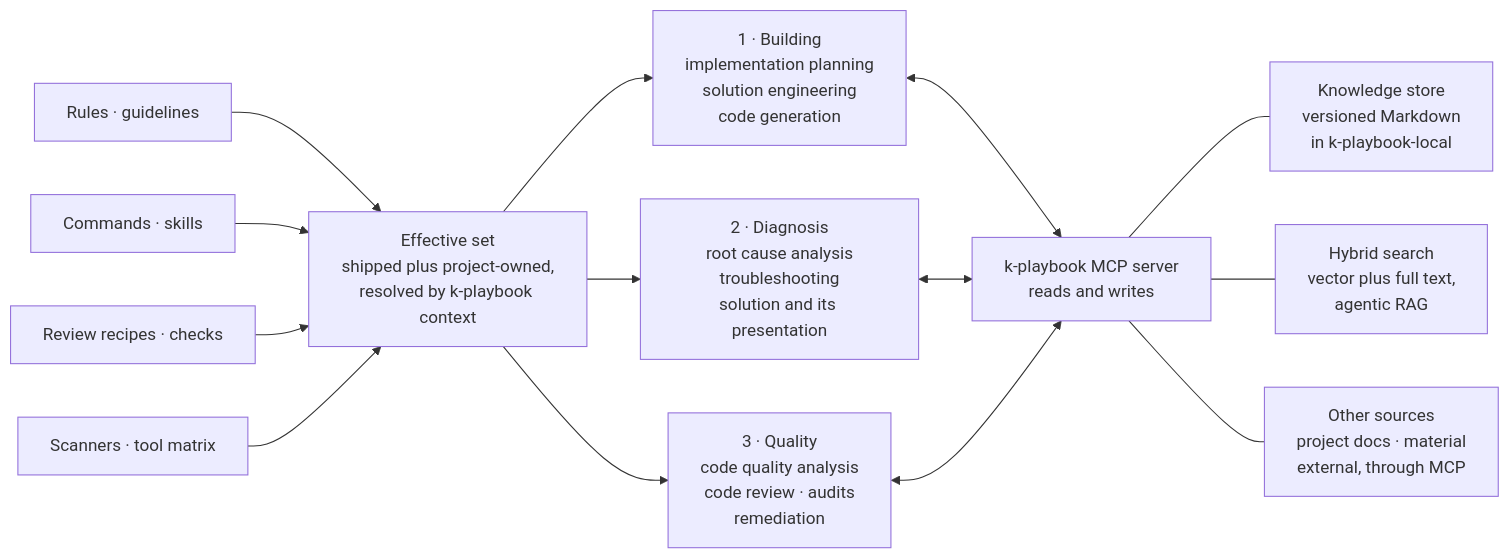
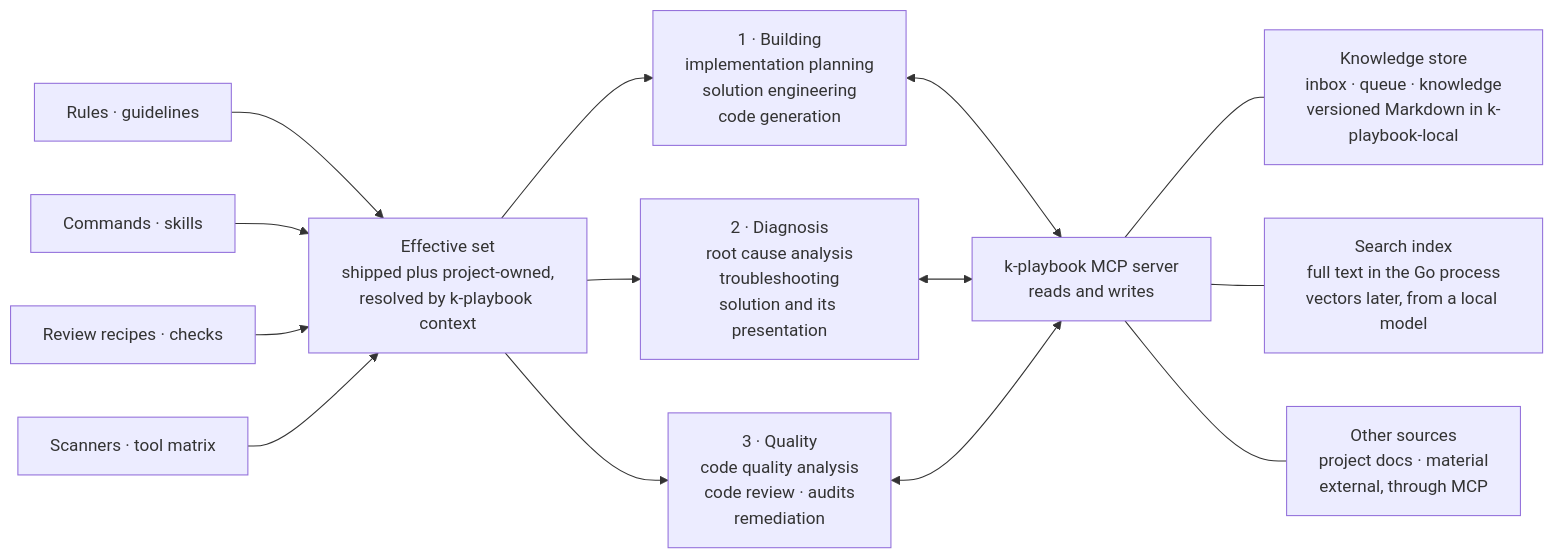
One commit to kascada/k-playbook changed the third of 3 diagrams in docs/overview.md. Above: the diagram before and after it, drawn with Mermaid. The commit also changed other lines of this file and 4 other files, not shown here.

````diff
--- a/docs/overview.md
+++ b/docs/overview.md
@@ -105,27 +107,27 @@
 ```mermaid
 flowchart LR
     Rules["Rules · guidelines"] --> Effective
     Skills["Commands · skills"] --> Effective
     Recipes["Review recipes · checks"] --> Effective
     Scanners["Scanners · tool matrix"] --> Effective
 
     Effective["Effective set<br>shipped plus project-owned,<br>resolved by k-playbook context"]
 
     Effective --> Build
     Effective --> Diagnose
     Effective --> Quality
 
     Build["1 · Building<br>implementation planning<br>solution engineering<br>code generation"]
     Diagnose["2 · Diagnosis<br>root cause analysis<br>troubleshooting<br>solution and its presentation"]
     Quality["3 · Quality<br>code quality analysis<br>code review · audits<br>remediation"]
 
     Build <--> MCP
     Diagnose <--> MCP
     Quality <--> MCP
 
     MCP["k-playbook MCP server<br>reads and writes"]
 
-    MCP --- Store["Knowledge store<br>versioned Markdown<br>in k-playbook-local"]
-    MCP --- Hybrid["Hybrid search<br>vector plus full text,<br>agentic RAG"]
+    MCP --- Store["Knowledge store<br>inbox · queue · knowledge<br>versioned Markdown in k-playbook-local"]
+    MCP --- Search["Search index<br>full text in the Go process<br>vectors later, from a local model"]
     MCP --- Sources["Other sources<br>project docs · material<br>external, through MCP"]
 ```
````
